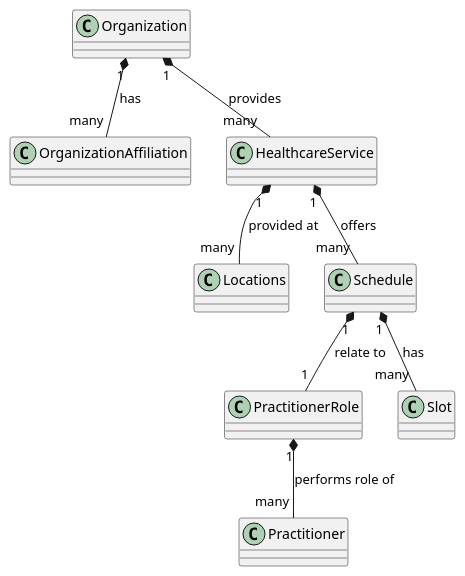
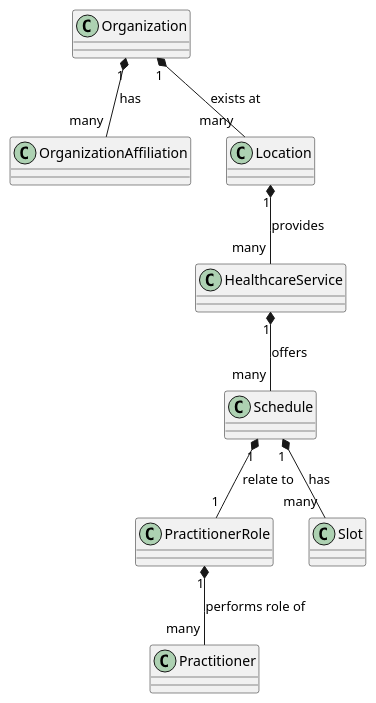
One commit to NHSDigital/IOPS-FHIR-Simplifier-Backup changed the second of 2 diagrams in NHSEnglandProgrammeImplementationGuides/backup/guides/Directory-of-Service/Home/Design/Data-mapping.page.md. Above: the diagram before and after it, drawn with PlantUML. The commit also changed other lines of this file and 20 other files, not shown here.

```diff
--- a/NHSEnglandProgrammeImplementationGuides/backup/guides/Directory-of-Service/Home/Design/Data-mapping.page.md
+++ b/NHSEnglandProgrammeImplementationGuides/backup/guides/Directory-of-Service/Home/Design/Data-mapping.page.md
@@ -15,9 +27,9 @@
 @startuml
 Organization "1" *-- "many" OrganizationAffiliation : has
-Organization "1" *-- "many" HealthcareService : provides
-HealthcareService "1" *-- "many" Locations : provided at
+Organization "1" *-- "many" Location : exists at
+Location "1" *-- "many" HealthcareService : provides
 HealthcareService "1" *-- "many" Schedule : offers
 Schedule "1" *-- "1" PractitionerRole : relate to
 PractitionerRole "1" *-- "many" Practitioner : performs role of
 Schedule "1" *-- "many" Slot : has
 @enduml
```
